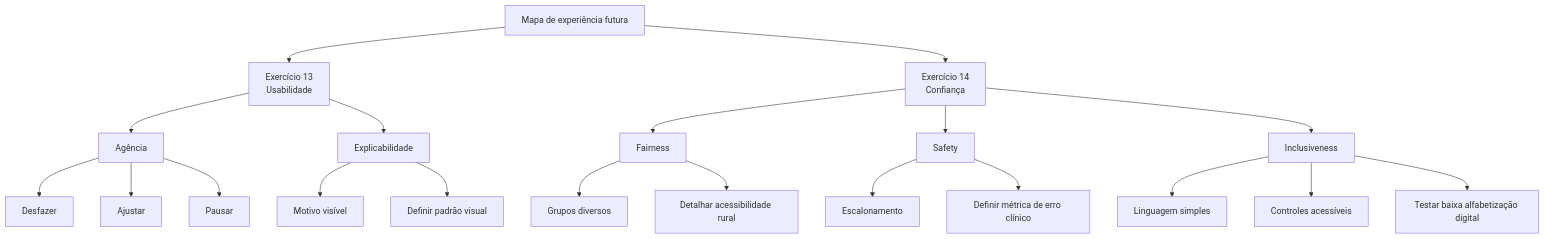
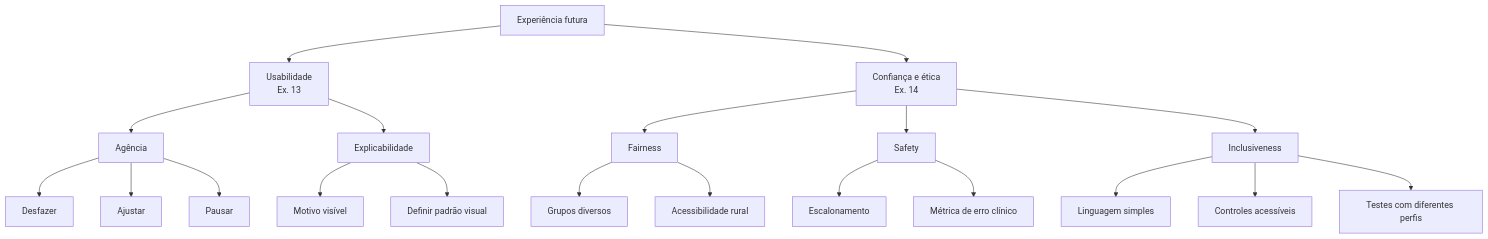
Before and after one commit to sanfergio/at-ux-infnet: the seventh of 17 diagrams in portfolio.md, drawn with Mermaid. The commit also changed other lines of this file, not shown here.

````diff
--- a/portfolio.md
+++ b/portfolio.md
@@ -236,29 +281,29 @@
 ```mermaid
 flowchart TD
-    A["Mapa de experiência futura"]
+    A["Experiência futura"]
 
-    A --> B["Exercício 13<br/>Usabilidade"]
-    A --> C["Exercício 14<br/>Confiança"]
+    A --> B["Usabilidade<br/>Ex. 13"]
+    A --> C["Confiança e ética<br/>Ex. 14"]
 
     B --> B1["Agência"]
     B1 --> B2["Desfazer"]
     B1 --> B3["Ajustar"]
     B1 --> B4["Pausar"]
 
     B --> B5["Explicabilidade"]
     B5 --> B6["Motivo visível"]
     B5 --> B7["Definir padrão visual"]
 
     C --> C1["Fairness"]
     C1 --> C2["Grupos diversos"]
-    C1 --> C3["Detalhar acessibilidade rural"]
+    C1 --> C3["Acessibilidade rural"]
 
     C --> C4["Safety"]
     C4 --> C5["Escalonamento"]
-    C4 --> C6["Definir métrica de erro clínico"]
+    C4 --> C6["Métrica de erro clínico"]
 
     C --> C7["Inclusiveness"]
     C7 --> C8["Linguagem simples"]
     C7 --> C9["Controles acessíveis"]
-    C7 --> C10["Testar baixa alfabetização digital"]
+    C7 --> C10["Testes com diferentes perfis"]
 ```
````
